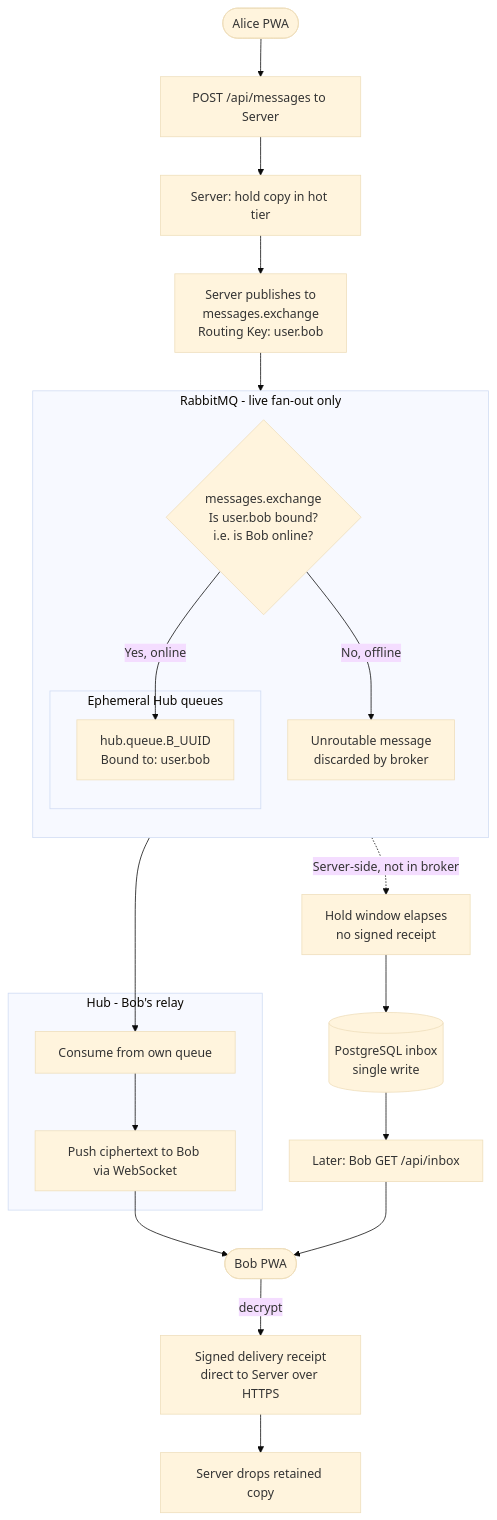
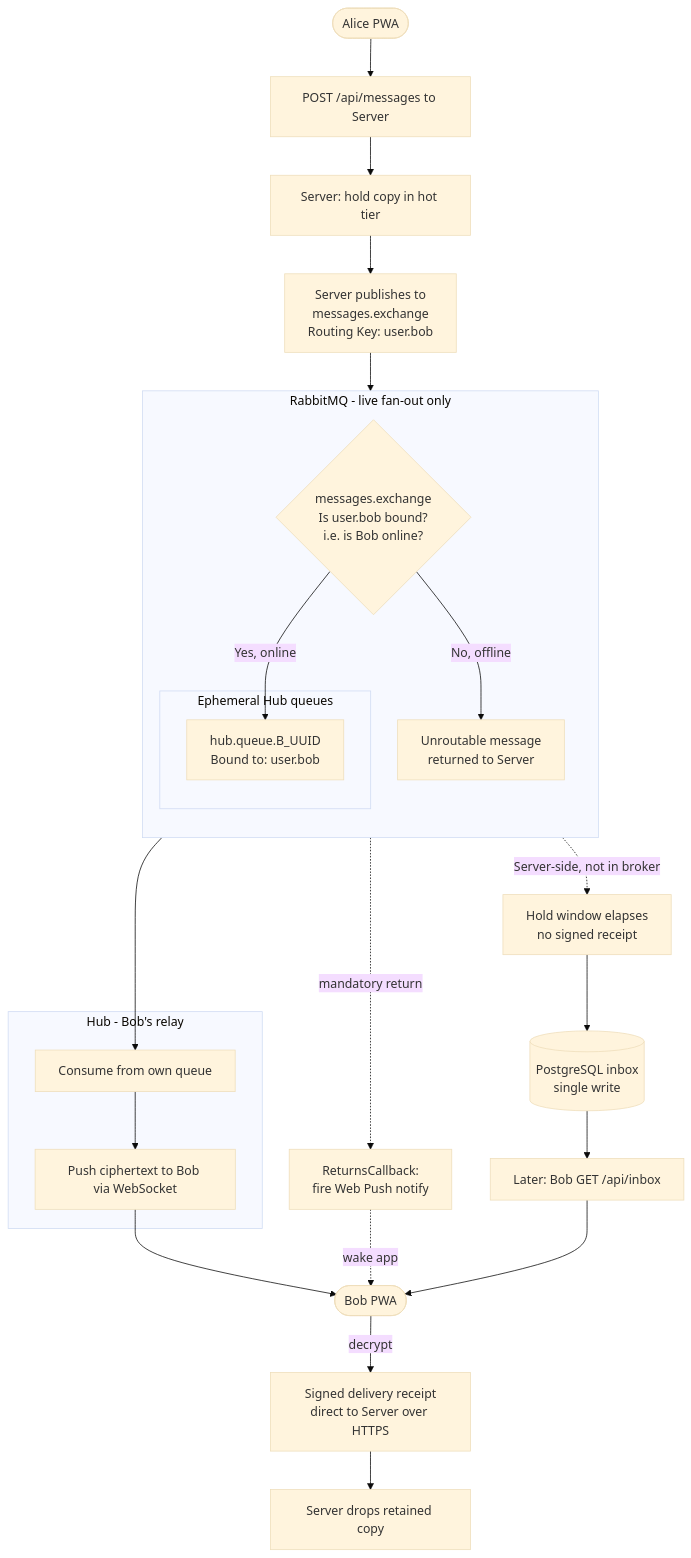
One commit to olshanskyev/fourletters-meta changed the diagram in doc/algorithms/rabbitmq-exchange.md. Above: the diagram before and after it, drawn with Mermaid (base theme). The commit also changed other lines of this file and 4 other files, not shown here.

````diff
--- a/doc/algorithms/rabbitmq-exchange.md
+++ b/doc/algorithms/rabbitmq-exchange.md
@@ -53,40 +53,43 @@
 ```mermaid
 flowchart TD
     Start([Alice PWA])
     Send[POST /api/messages to Server]
     ServerAccept[Server: hold copy in hot tier]
     Publish[Server publishes to<br/>messages.exchange<br/>Routing Key: user.bob]
 
     subgraph RabbitMQ [RabbitMQ - live fan-out only]
         direction TB
         MainExchange{messages.exchange<br/>Is user.bob bound?<br/>i.e. is Bob online?}
         subgraph HubQueues [Ephemeral Hub queues]
             HubBQueue[hub.queue.B_UUID<br/>Bound to: user.bob]
         end
-        Discard[Unroutable message<br/>discarded by broker]
+        Discard[Unroutable message<br/>returned to Server]
     end
 
     subgraph Hub [Hub - Bob's relay]
         Consume[Consume from own queue]
         PushWS[Push ciphertext to Bob via WebSocket]
     end
 
     Bob([Bob PWA])
     Receipt[Signed delivery receipt<br/>direct to Server over HTTPS]
     ServerDrop[Server drops retained copy]
+    ReturnCb[ReturnsCallback:<br/>fire Web Push notify]
     HoldExpire[Hold window elapses<br/>no signed receipt]
     DB[(PostgreSQL inbox<br/>single write)]
     Sync[Later: Bob GET /api/inbox]
 
     Start --> Send --> ServerAccept --> Publish --> MainExchange
 
     %% Online path
     MainExchange -- Yes, online --> HubBQueue --> Consume --> PushWS --> Bob
     Bob -- decrypt --> Receipt --> ServerDrop
 
     %% Offline path
     MainExchange -- No, offline --> Discard
+    Discard -. mandatory return .-> ReturnCb
+    ReturnCb -. wake app .-> Bob
     Discard -. Server-side, not in broker .-> HoldExpire
     HoldExpire --> DB
     DB --> Sync --> Bob
 ```
````
